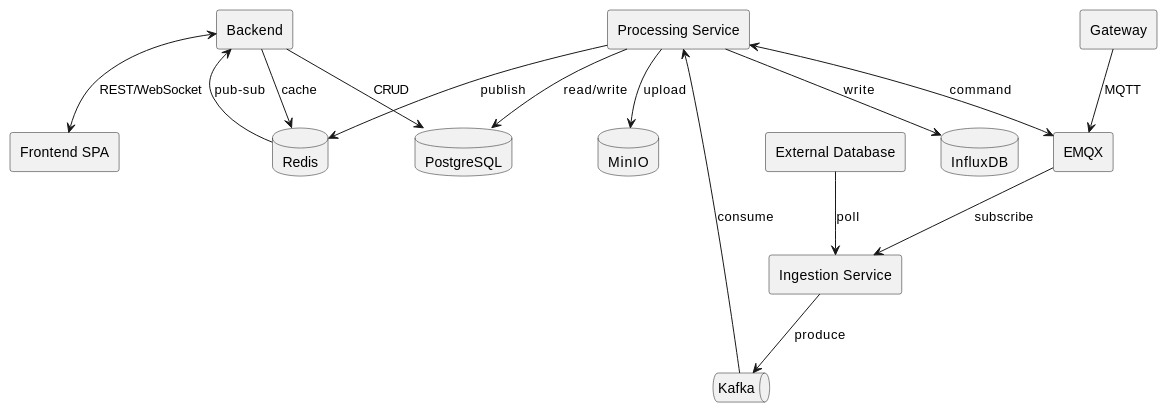
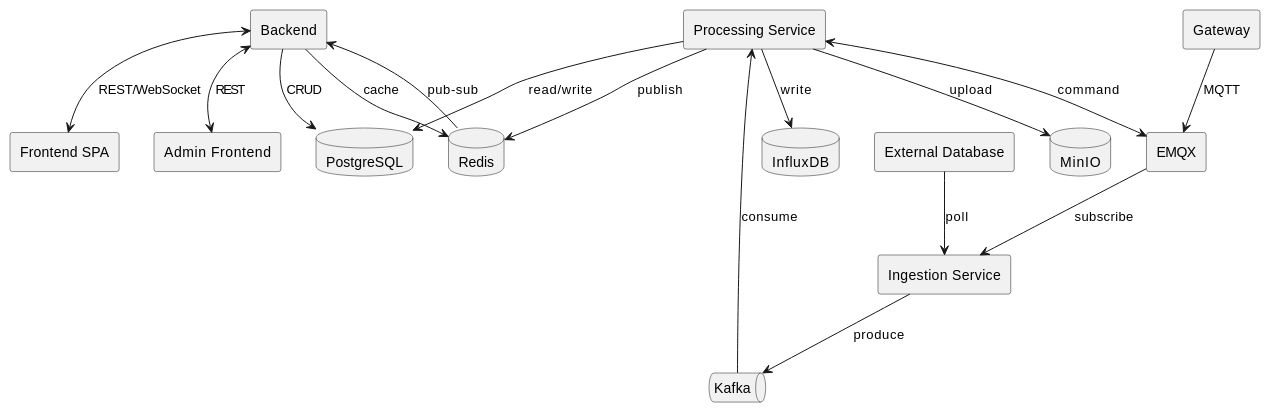
Before and after one commit to tiendang-astral/industrial-enviromental-iot: the diagram in context/ARCHITECTURE.md, drawn with PlantUML. The commit also changed other lines of this file and 395 other files, not shown here.

````diff
--- a/context/ARCHITECTURE.md
+++ b/context/ARCHITECTURE.md
@@ -7,35 +7,37 @@
 ```plantuml
 @startuml
 skinparam componentStyle rectangle
 
 [Frontend SPA] as FE
+[Admin Frontend] as ADMINFE
 [Gateway] as GW
 [External Database] as EXTDB
 [EMQX] as EMQX
 queue "Kafka" as KAFKA
 [Backend] as BE
 [Ingestion Service] as ING
 [Processing Service] as PROC
 database "InfluxDB" as INFLUX
 database "PostgreSQL" as PG
 database "Redis" as REDIS
 database "MinIO" as MINIO
 
 GW --> EMQX : MQTT
 EMQX --> ING : subscribe
 EXTDB --> ING : poll
 ING --> KAFKA : produce
 
 KAFKA --> PROC : consume
 PROC <--> EMQX : command
 PROC --> INFLUX : write
 PROC --> PG : read/write
 PROC --> MINIO : upload
 PROC --> REDIS : publish
 
 BE --> PG : CRUD
 BE --> REDIS : cache
 REDIS --> BE : pub-sub
 BE <--> FE : REST/WebSocket
+BE <--> ADMINFE : REST
 @enduml
 ```
````
